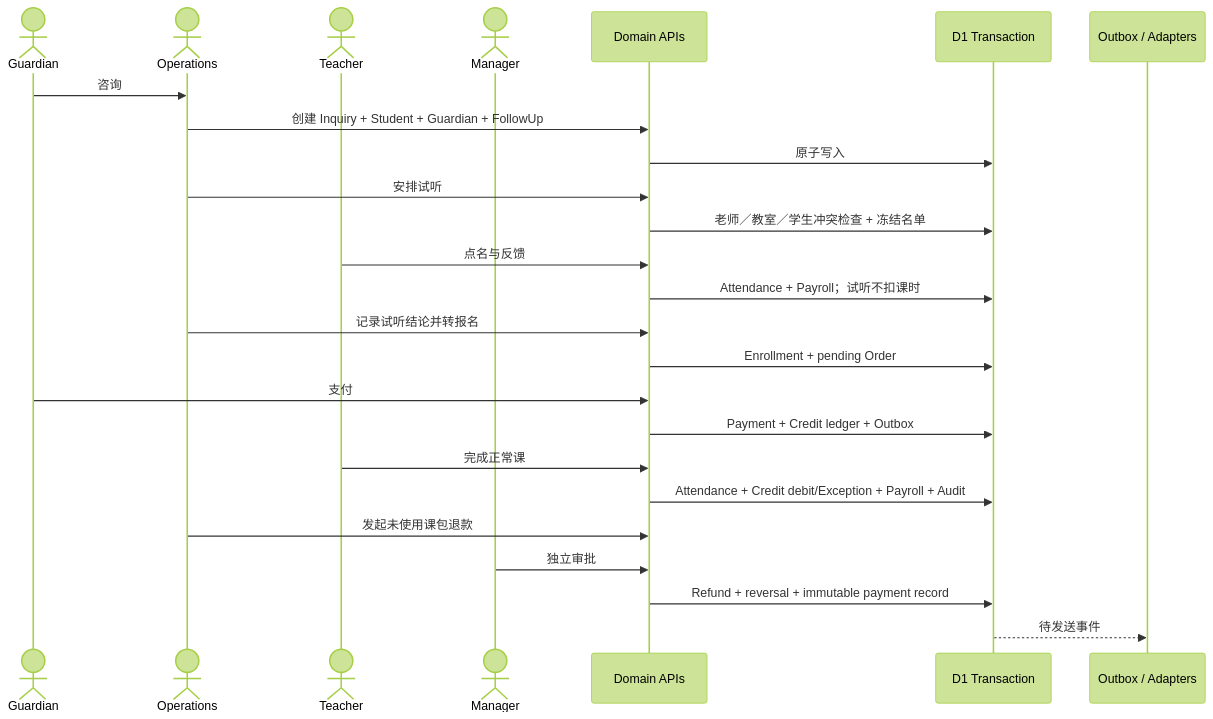
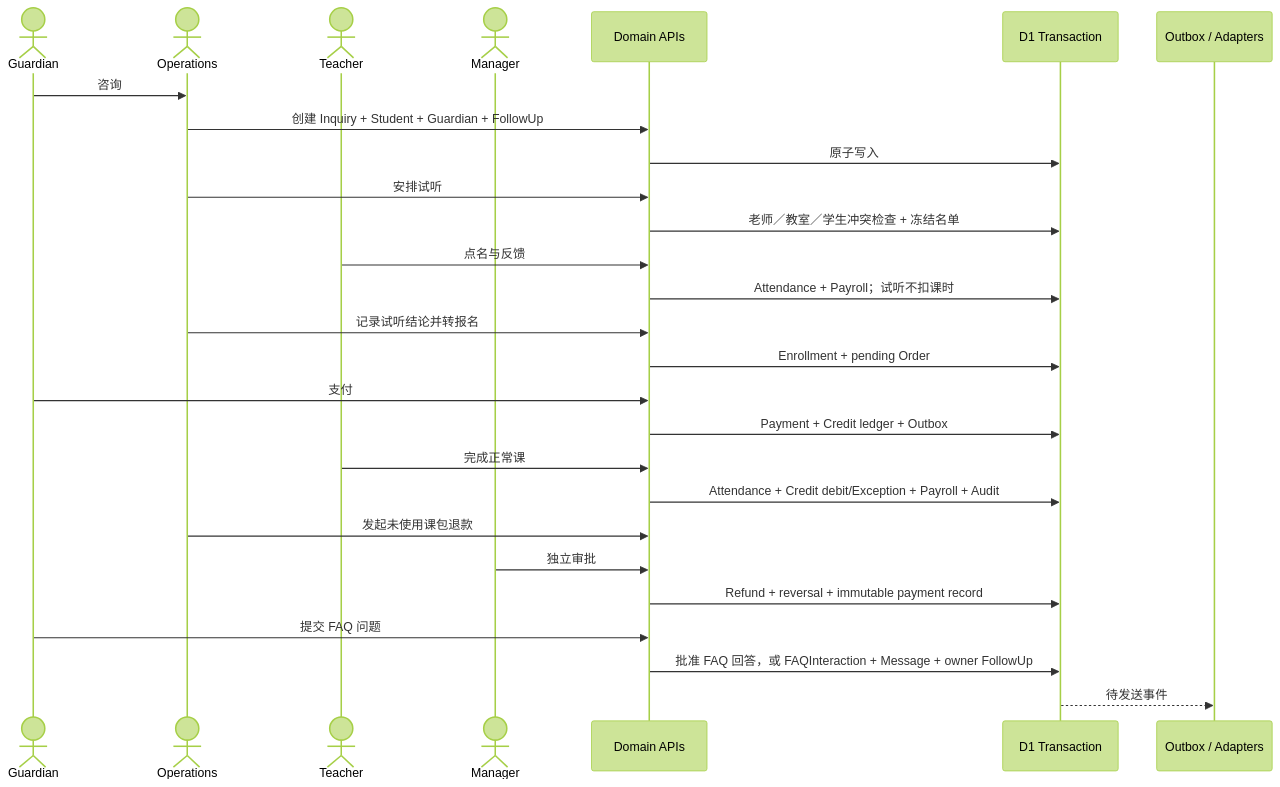
One commit to MadMax3366/Austin_homework changed the sixth of 6 diagrams in ARCHITECTURE.md. Above: the diagram before and after it, drawn with Mermaid (forest theme). The commit also changed other lines of this file and 3 other files, not shown here.

````diff
--- a/ARCHITECTURE.md
+++ b/ARCHITECTURE.md
@@ -189,28 +191,30 @@
 ```mermaid
 sequenceDiagram
   actor G as Guardian
   actor O as Operations
   actor T as Teacher
   actor M as Manager
   participant API as Domain APIs
   participant DB as D1 Transaction
   participant OUT as Outbox / Adapters
 
   G->>O: 咨询
   O->>API: 创建 Inquiry + Student + Guardian + FollowUp
   API->>DB: 原子写入
   O->>API: 安排试听
   API->>DB: 老师／教室／学生冲突检查 + 冻结名单
   T->>API: 点名与反馈
   API->>DB: Attendance + Payroll；试听不扣课时
   O->>API: 记录试听结论并转报名
   API->>DB: Enrollment + pending Order
   G->>API: 支付
   API->>DB: Payment + Credit ledger + Outbox
   T->>API: 完成正常课
   API->>DB: Attendance + Credit debit/Exception + Payroll + Audit
   O->>API: 发起未使用课包退款
   M->>API: 独立审批
   API->>DB: Refund + reversal + immutable payment record
+  G->>API: 提交 FAQ 问题
+  API->>DB: 批准 FAQ 回答，或 FAQInteraction + Message + owner FollowUp
   DB-->>OUT: 待发送事件
 ```
````
